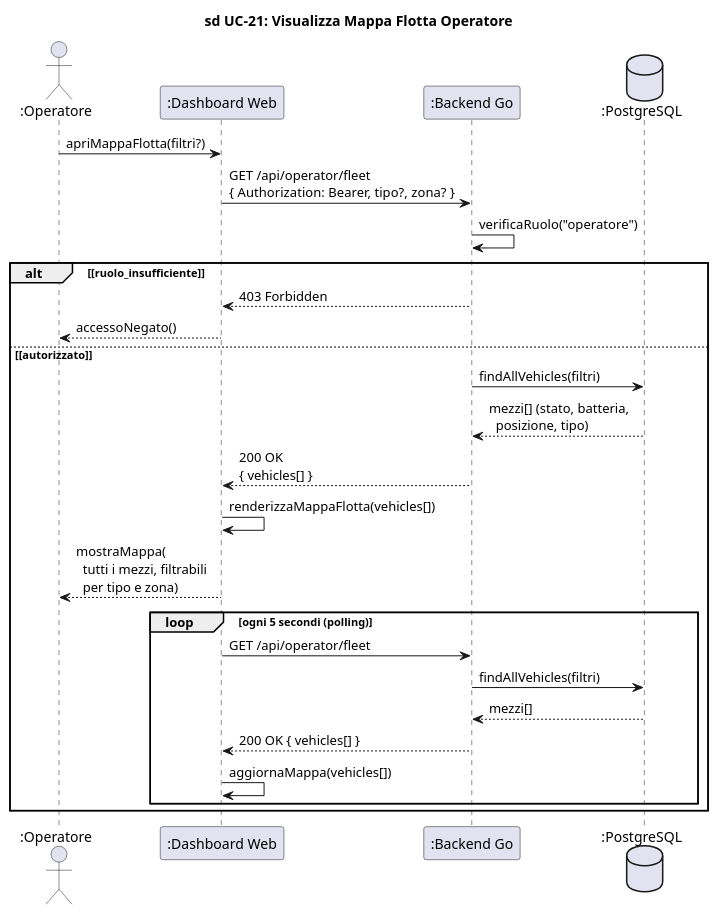
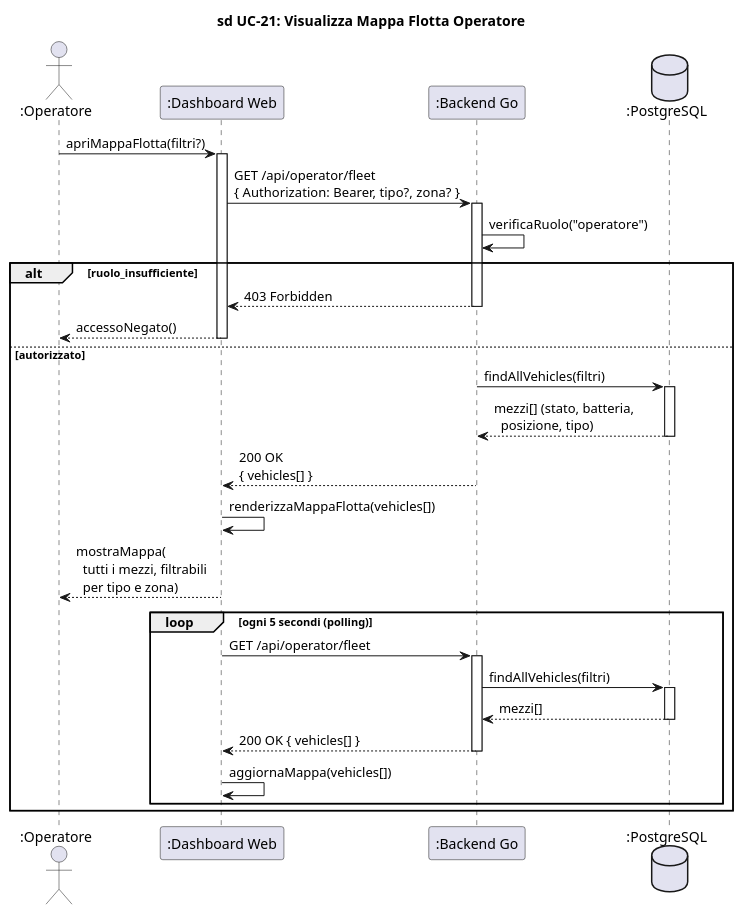
Before and after one commit to Lorisforse/Zipply: the diagram in docs/diagrams/puml/Sprint 2/sd_UC21_MappaFlottaOperatore.puml, drawn with PlantUML. The commit also changed 65 other files, not shown here.

Commit message:
Aggiunta UML sprint 3

```diff
--- a/docs/diagrams/puml/Sprint 2/sd_UC21_MappaFlottaOperatore.puml
+++ b/docs/diagrams/puml/Sprint 2/sd_UC21_MappaFlottaOperatore.puml
@@ -1,38 +1,51 @@
 @startuml sd_UC21_MappaFlottaOperatore
 
 title sd UC-21: Visualizza Mappa Flotta Operatore
 
 skinparam hyperlinkColor black
 skinparam hyperlinkUnderline false
 
 actor ":Operatore" as Operatore
 participant ":Dashboard Web" as Dash
 participant ":Backend Go" as Backend
 database ":PostgreSQL" as DB
 
 Operatore -> Dash : apriMappaFlotta(filtri?)
+activate Dash
 
 Dash -> Backend : GET /api/operator/fleet\n{ Authorization: Bearer, tipo?, zona? }
+activate Backend
 
 Backend -> Backend : verificaRuolo("operatore")
 
-alt ~[ruolo_insufficiente~]
+alt ruolo_insufficiente
     Backend --> Dash : 403 Forbidden
+    deactivate Backend
     Dash --> Operatore : accessoNegato()
-else ~[autorizzato~]
+    deactivate Dash
+else autorizzato
     Backend -> DB : findAllVehicles(filtri)
+    activate DB
     DB --> Backend : mezzi[] (stato, batteria,\n  posizione, tipo)
+    deactivate DB
     Backend --> Dash : 200 OK\n{ vehicles[] }
+    deactivate Backend
     Dash -> Dash : renderizzaMappaFlotta(vehicles[])
     Dash --> Operatore : mostraMappa(\n  tutti i mezzi, filtrabili\n  per tipo e zona)
 
     loop ogni 5 secondi (polling)
         Dash -> Backend : GET /api/operator/fleet
+        activate Backend
         Backend -> DB : findAllVehicles(filtri)
+        activate DB
         DB --> Backend : mezzi[]
+        deactivate DB
         Backend --> Dash : 200 OK { vehicles[] }
+        deactivate Backend
         Dash -> Dash : aggiornaMappa(vehicles[])
     end
+
+    deactivate Dash
 end
 
 @enduml
```
